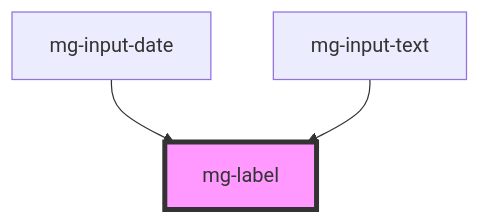
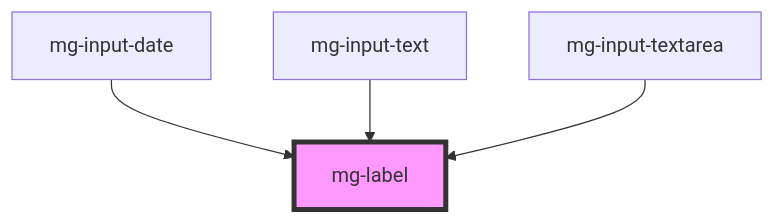
Before and after one commit to MGDIS/mg-components: the diagram in src/components/atoms/mg-label/readme.md, drawn with Mermaid. The commit also changed other lines of this file and 18 other files, not shown here.

````diff
--- a/src/components/atoms/mg-label/readme.md
+++ b/src/components/atoms/mg-label/readme.md
@@ -25,6 +26,7 @@
 ```mermaid
 graph TD;
   mg-input-date --> mg-label
   mg-input-text --> mg-label
+  mg-input-textarea --> mg-label
   style mg-label fill:#f9f,stroke:#333,stroke-width:4px
 ```
````
